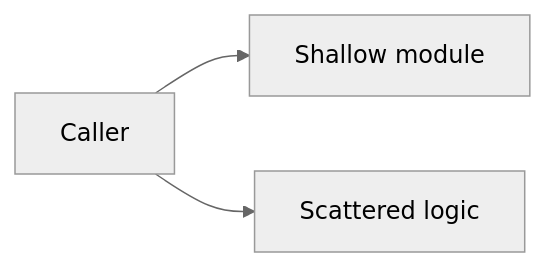
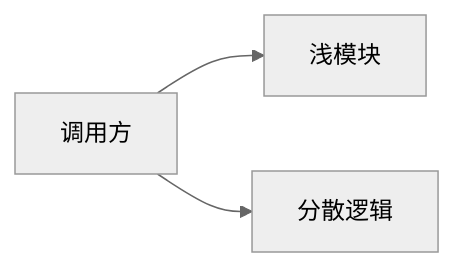
Before and after one commit to iloveZzz/yss-spec-project-template: the first of 2 diagrams in docs/architecture/templates/architecture-deepening-template.md, drawn with Mermaid (neutral theme). The commit also changed other lines of this file and 27 other files, not shown here.

````diff
--- a/docs/architecture/templates/architecture-deepening-template.md
+++ b/docs/architecture/templates/architecture-deepening-template.md
@@ -28,5 +28,5 @@
 ```mermaid
 flowchart LR
-    A[Caller] --> B[Shallow module]
-    A --> C[Scattered logic]
+    A[调用方] --> B[浅模块]
+    A --> C[分散逻辑]
 ```
````
